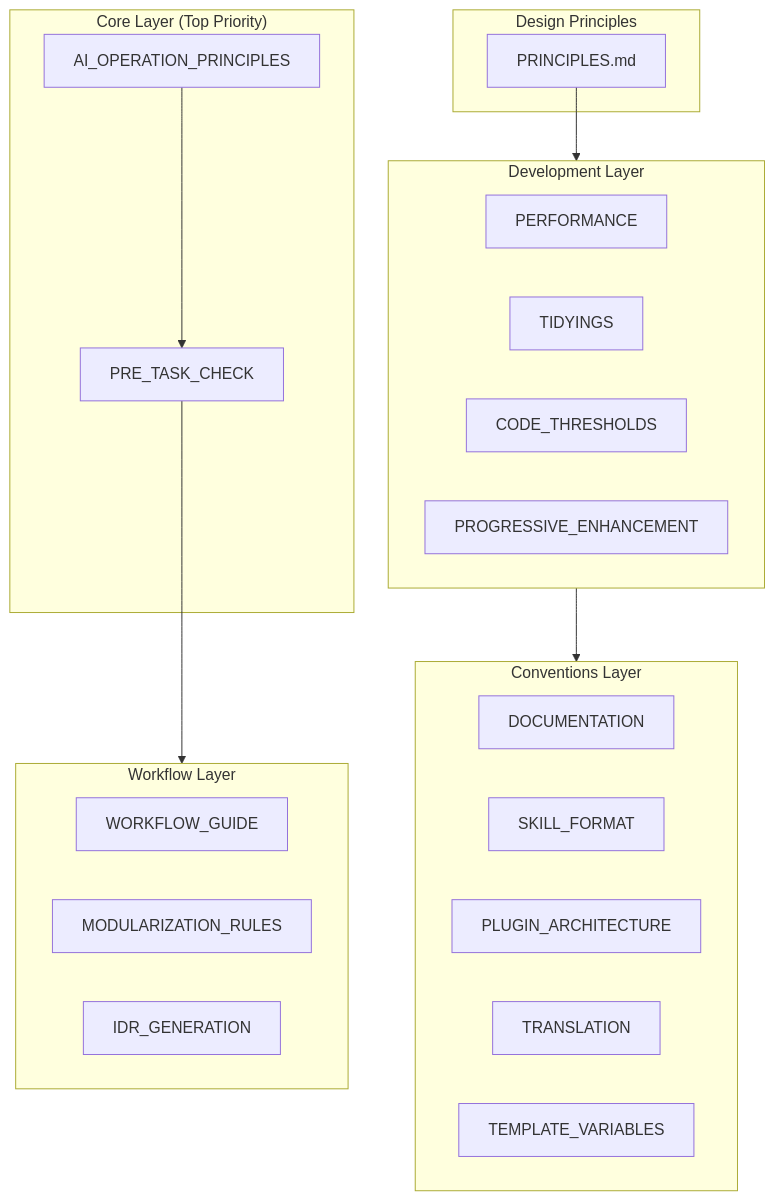
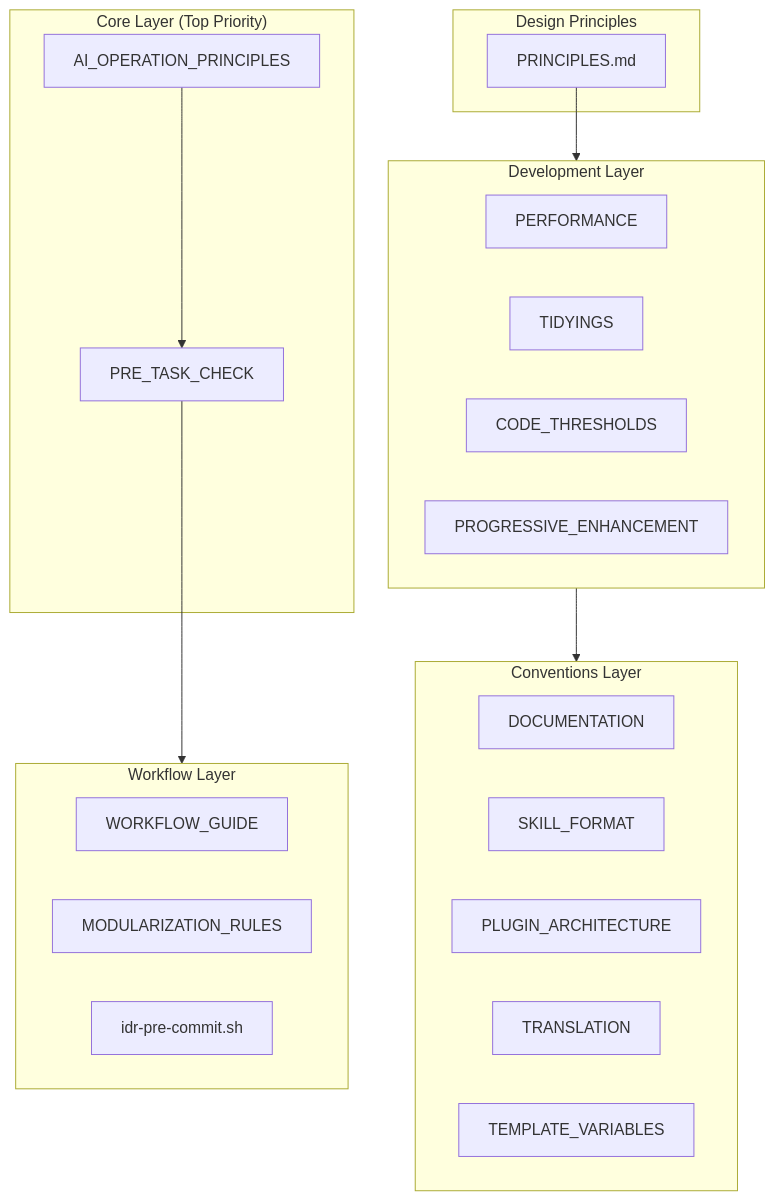
The first of 2 diagrams in docs/DESIGN.md (thkt/dotclaude), drawn with Mermaid before and after one commit. The commit also changed other lines of this file and 33 other files, not shown here.

````diff
--- a/docs/DESIGN.md
+++ b/docs/DESIGN.md
@@ -9,37 +9,37 @@
 ```mermaid
 graph TD
     subgraph Core["Core Layer (Top Priority)"]
         AOP[AI_OPERATION_PRINCIPLES]
         PTC[PRE_TASK_CHECK]
     end
 
     subgraph Principles["Design Principles"]
         P[PRINCIPLES.md]
     end
 
     subgraph Development["Development Layer"]
         PERF[PERFORMANCE]
         TIDY[TIDYINGS]
         CODE[CODE_THRESHOLDS]
         PROG[PROGRESSIVE_ENHANCEMENT]
     end
 
     subgraph Conventions["Conventions Layer"]
         DOC[DOCUMENTATION]
         SKILL[SKILL_FORMAT]
         PLUG[PLUGIN_ARCHITECTURE]
         TRANS[TRANSLATION]
         TEMP[TEMPLATE_VARIABLES]
     end
 
     subgraph Workflows["Workflow Layer"]
         WG[WORKFLOW_GUIDE]
         MOD[MODULARIZATION_RULES]
-        IDR[IDR_GENERATION]
+        IDR[idr-pre-commit.sh]
     end
 
     AOP --> PTC
     P --> Development
     PTC --> Workflows
     Development --> Conventions
 ```
````
